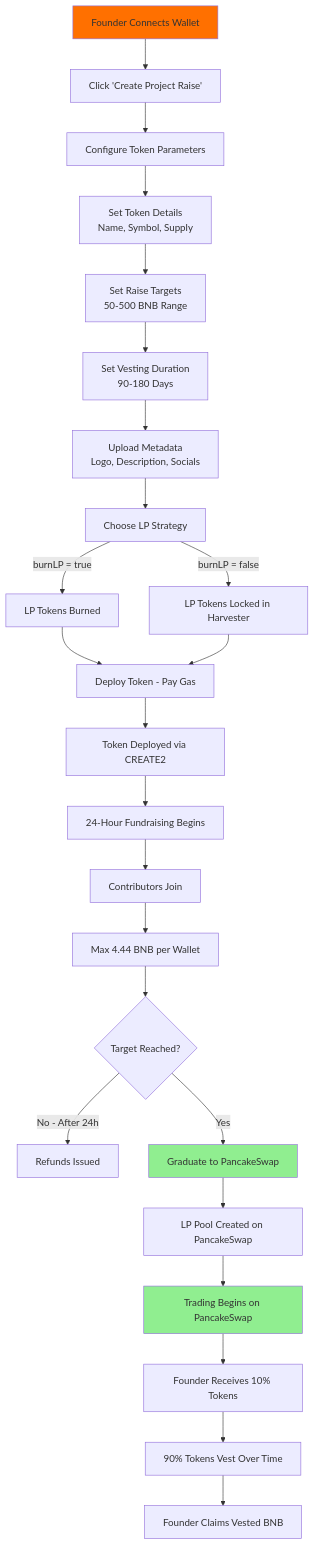
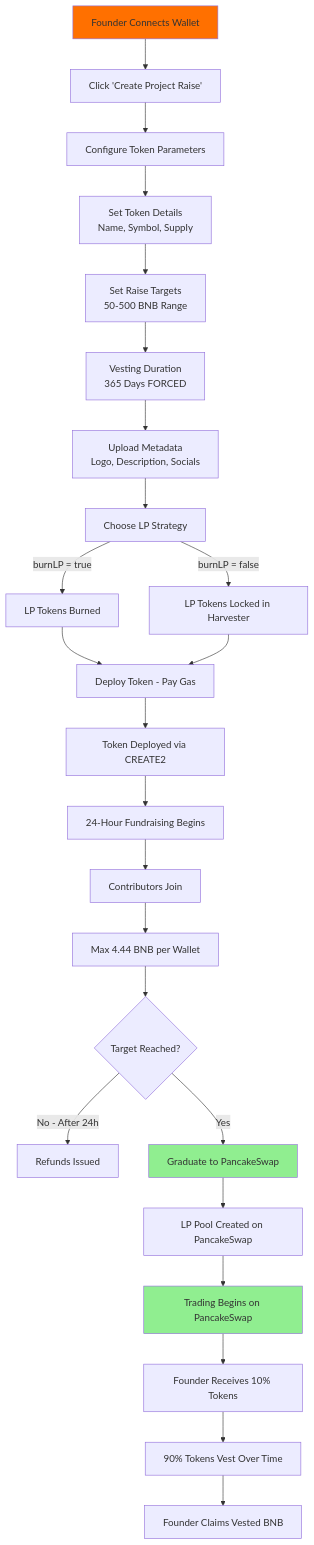
The first of 6 diagrams in SafuPad/README.md (Level3AI-hub/Safuverse), drawn with Mermaid before and after one commit. The commit also changed other lines of this file and 2 other files, not shown here.

````diff
--- a/SafuPad/README.md
+++ b/SafuPad/README.md
@@ -63,37 +65,37 @@
 ```mermaid
 graph TD
     A[Founder Connects Wallet] --> B[Click 'Create Project Raise']
     B --> C[Configure Token Parameters]
 
     C --> D[Set Token Details<br/>Name, Symbol, Supply]
     D --> E[Set Raise Targets<br/>50-500 BNB Range]
-    E --> F[Set Vesting Duration<br/>90-180 Days]
+    E --> F[Vesting Duration<br/>365 Days FORCED]
     F --> G[Upload Metadata<br/>Logo, Description, Socials]
 
     G --> H[Choose LP Strategy]
     H -->|burnLP = true| I[LP Tokens Burned]
     H -->|burnLP = false| J[LP Tokens Locked in Harvester]
 
     I --> K[Deploy Token - Pay Gas]
     J --> K
 
     K --> L[Token Deployed via CREATE2]
     L --> M[24-Hour Fundraising Begins]
 
     M --> N[Contributors Join]
     N --> O[Max 4.44 BNB per Wallet]
     O --> P{Target Reached?}
 
     P -->|No - After 24h| Q[Refunds Issued]
     P -->|Yes| R[Graduate to PancakeSwap]
 
     R --> S[LP Pool Created on PancakeSwap]
     S --> T[Trading Begins on PancakeSwap]
     T --> U[Founder Receives 10% Tokens]
     U --> V[90% Tokens Vest Over Time]
     V --> W[Founder Claims Vested BNB]
 
     style A fill:#FF7000
     style R fill:#90EE90
     style T fill:#90EE90
 ```
````
